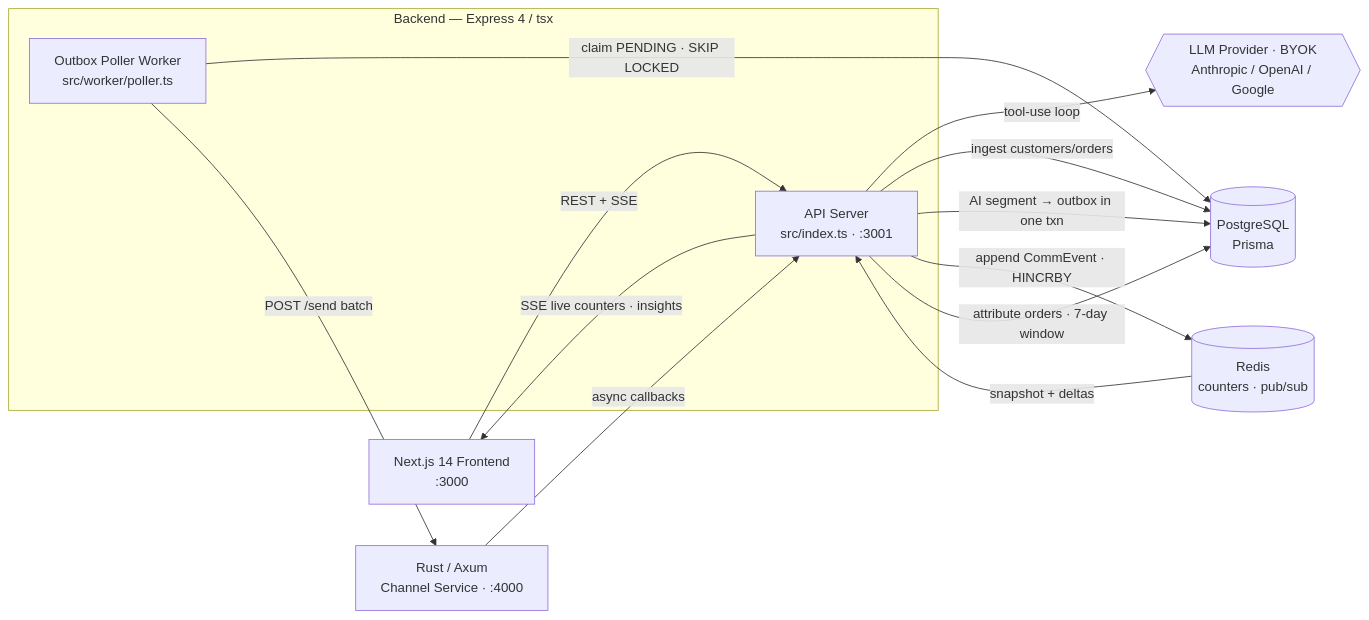
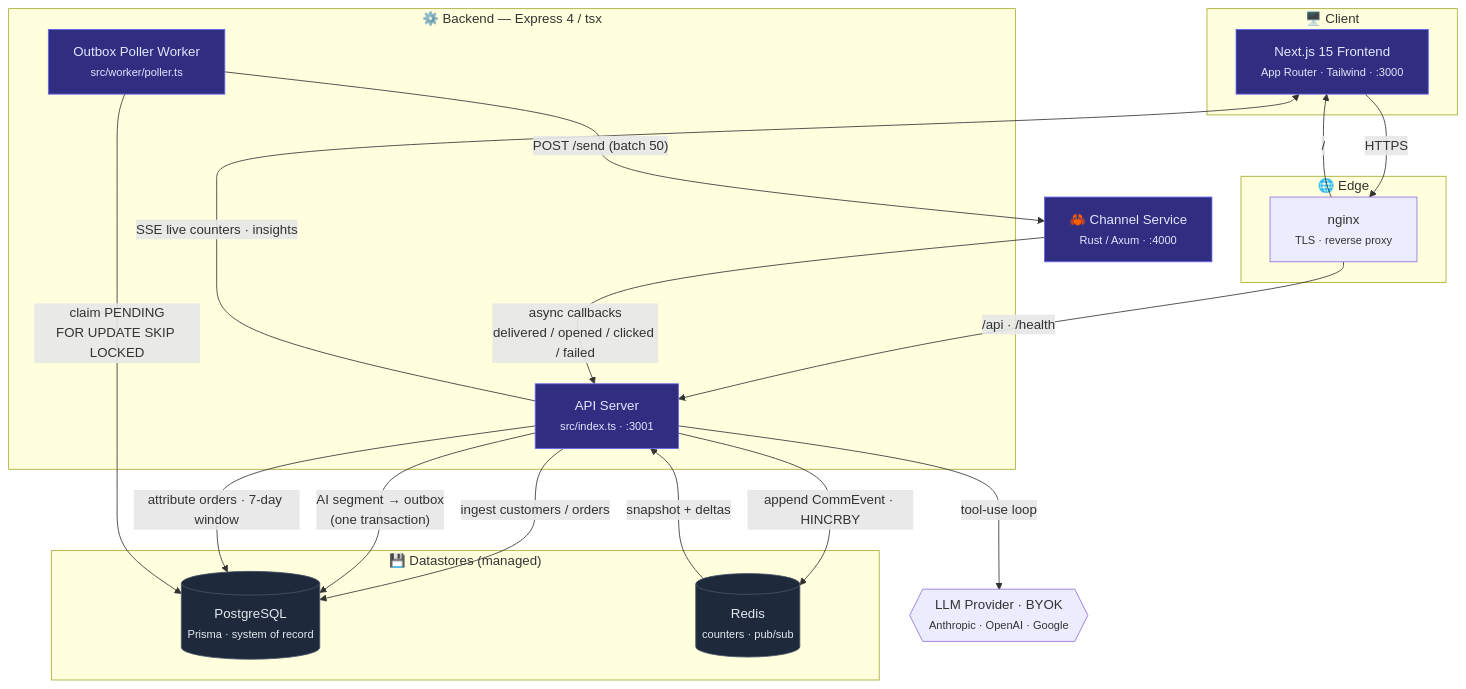
One commit to Ansh-699/xeno-crm changed the diagram in README.md. Above: the diagram before and after it, drawn with Mermaid. The commit also changed other lines of this file and 5 other files, not shown here.

````diff
--- a/README.md
+++ b/README.md
@@ -20,26 +49,46 @@
 ```mermaid
-flowchart LR
-  FE[Next.js 14 Frontend<br/>:3000]
-
-  subgraph Backend[Backend — Express 4 / tsx]
-    API[API Server<br/>src/index.ts · :3001]
-    WORK[Outbox Poller Worker<br/>src/worker/poller.ts]
+flowchart TB
+  subgraph client["🖥️  Client"]
+    FE["Next.js 15 Frontend<br/><small>App Router · Tailwind · :3000</small>"]
   end
 
-  CS[Rust / Axum<br/>Channel Service · :4000]
-  PG[(PostgreSQL<br/>Prisma)]
-  RD[(Redis<br/>counters · pub/sub)]
-  LLM{{LLM Provider · BYOK<br/>Anthropic / OpenAI / Google}}
+  subgraph edge["🌐  Edge"]
+    NGINX["nginx<br/><small>TLS · reverse proxy</small>"]
+  end
 
-  FE -->|REST + SSE| API
-  API -->|tool-use loop| LLM
-  API -->|ingest customers/orders| PG
-  API -->|AI segment → outbox in one txn| PG
-  WORK -->|claim PENDING · SKIP LOCKED| PG
-  WORK -->|POST /send batch| CS
-  CS -->|async callbacks| API
-  API -->|append CommEvent · HINCRBY| RD
-  API -->|attribute orders · 7-day window| PG
-  RD -->|snapshot + deltas| API
-  API -->|SSE live counters · insights| FE
+  subgraph backend["⚙️  Backend — Express 4 / tsx"]
+    API["API Server<br/><small>src/index.ts · :3001</small>"]
+    WORK["Outbox Poller Worker<br/><small>src/worker/poller.ts</small>"]
+  end
+
+  CS["🦀  Channel Service<br/><small>Rust / Axum · :4000</small>"]
+
+  subgraph data["💾  Datastores (managed)"]
+    PG[("PostgreSQL<br/><small>Prisma · system of record</small>")]
+    RD[("Redis<br/><small>counters · pub/sub</small>")]
+  end
+
+  LLM{{"LLM Provider · BYOK<br/><small>Anthropic · OpenAI · Google</small>"}}
+
+  FE -->|"HTTPS"| NGINX
+  NGINX -->|"/api · /health"| API
+  NGINX -->|"/"| FE
+
+  API -->|"tool-use loop"| LLM
+  API -->|"ingest customers / orders"| PG
+  API -->|"AI segment → outbox<br/>(one transaction)"| PG
+  API -->|"attribute orders · 7-day window"| PG
+
+  WORK -->|"claim PENDING<br/>FOR UPDATE SKIP LOCKED"| PG
+  WORK -->|"POST /send (batch 50)"| CS
+  CS -->|"async callbacks<br/>delivered / opened / clicked / failed"| API
+
+  API -->|"append CommEvent · HINCRBY"| RD
+  RD -->|"snapshot + deltas"| API
+  API -->|"SSE live counters · insights"| FE
+
+  classDef store fill:#1e293b,stroke:#475569,color:#e2e8f0;
+  classDef svc fill:#312e81,stroke:#6366f1,color:#e0e7ff;
+  class PG,RD store;
+  class API,WORK,CS,FE svc;
 ```
````
